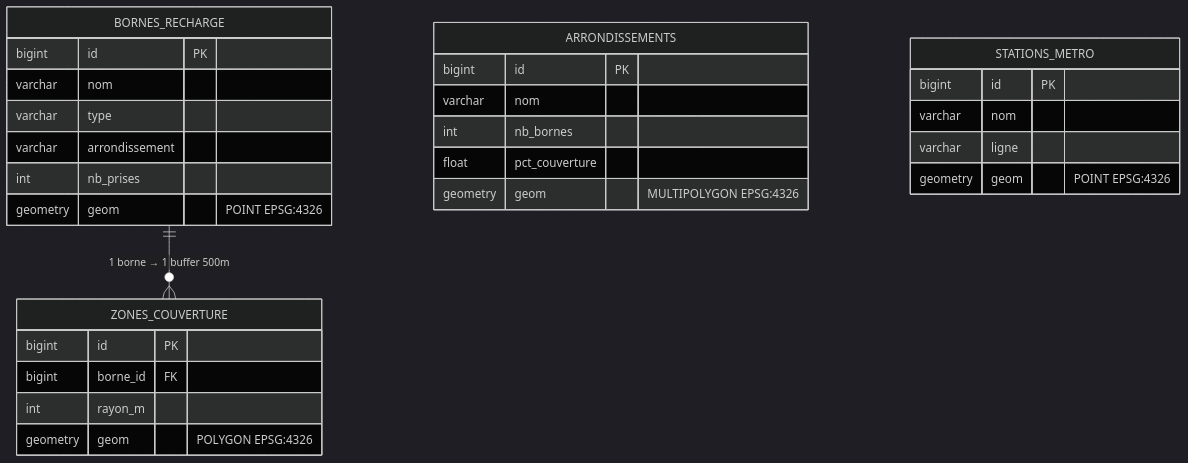
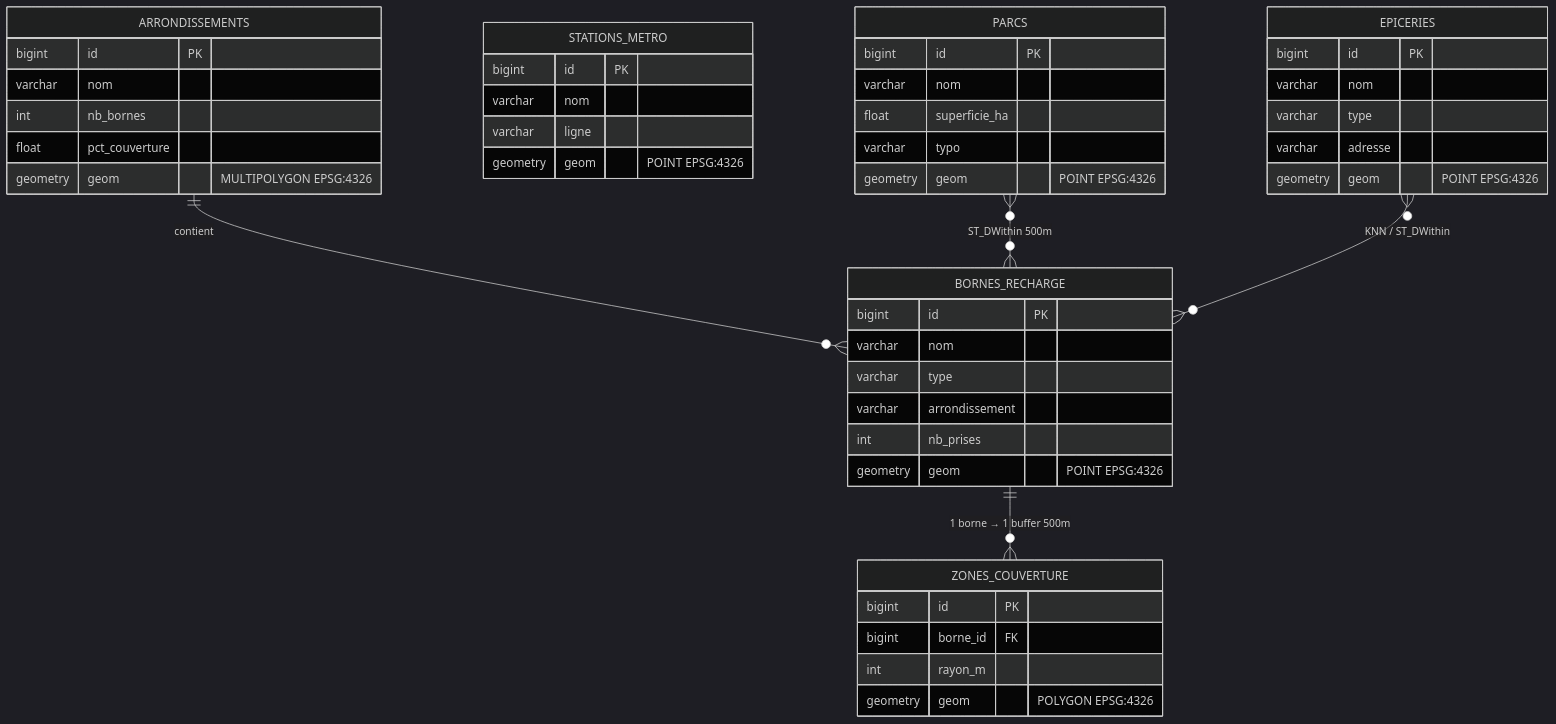
The third of 5 diagrams in DIAGRAMME_MERMAID.md (modou5604501/projet_Session), drawn with Mermaid (dark theme) before and after one commit. The commit also changed other lines of this file and 1 other file, not shown here.

First line of the commit message:
docs: diagrammes Mermaid intégrés dans README + modèle données mis à jour (6 tables)

````diff
--- a/DIAGRAMME_MERMAID.md
+++ b/DIAGRAMME_MERMAID.md
@@ -97,35 +91,49 @@
 ```mermaid
 erDiagram
     BORNES_RECHARGE {
         bigint id PK
         varchar nom
         varchar type
         varchar arrondissement
         int nb_prises
         geometry geom "POINT EPSG:4326"
     }
-
     ZONES_COUVERTURE {
         bigint id PK
         bigint borne_id FK
         int rayon_m
         geometry geom "POLYGON EPSG:4326"
     }
-
     ARRONDISSEMENTS {
         bigint id PK
         varchar nom
         int nb_bornes
         float pct_couverture
         geometry geom "MULTIPOLYGON EPSG:4326"
     }
-
     STATIONS_METRO {
         bigint id PK
         varchar nom
         varchar ligne
         geometry geom "POINT EPSG:4326"
     }
+    PARCS {
+        bigint id PK
+        varchar nom
+        float superficie_ha
+        varchar typo
+        geometry geom "POINT EPSG:4326"
+    }
+    EPICERIES {
+        bigint id PK
+        varchar nom
+        varchar type
+        varchar adresse
+        geometry geom "POINT EPSG:4326"
+    }
 
     BORNES_RECHARGE ||--o{ ZONES_COUVERTURE : "1 borne → 1 buffer 500m"
+    ARRONDISSEMENTS ||--o{ BORNES_RECHARGE : "contient"
+    PARCS }o--o{ BORNES_RECHARGE : "ST_DWithin 500m"
+    EPICERIES }o--o{ BORNES_RECHARGE : "KNN / ST_DWithin"
 ```
````
